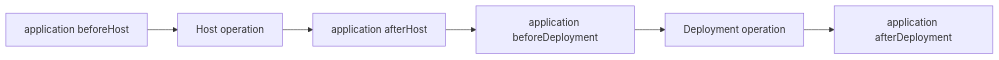
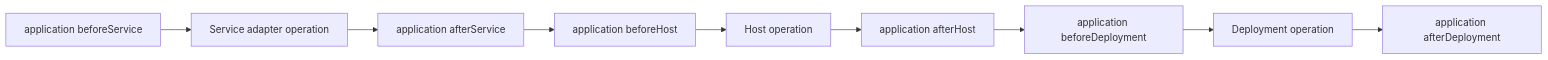
Before and after one commit to 1amageek/swift-web: the third of 3 diagrams in docs/AdapterContract.md, drawn with Mermaid. The commit also changed other lines of this file and 85 other files, not shown here.

````diff
--- a/docs/AdapterContract.md
+++ b/docs/AdapterContract.md
@@ -133,8 +251,11 @@
 ```mermaid
 flowchart LR
-  AH["application beforeHost"] --> H["Host operation"]
+  BS["application beforeService"] --> S["Service adapter operation"]
+  S --> AS["application afterService"]
+  AS --> AH["application beforeHost"]
+  AH --> H["Host operation"]
   H --> AHD["application afterHost"]
   AHD --> BD["application beforeDeployment"]
   BD --> D["Deployment operation"]
   D --> AD["application afterDeployment"]
 ```
````
